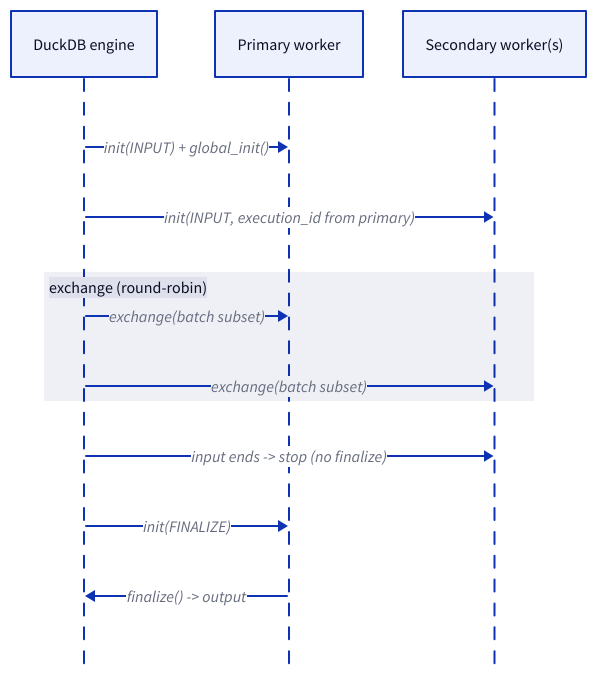
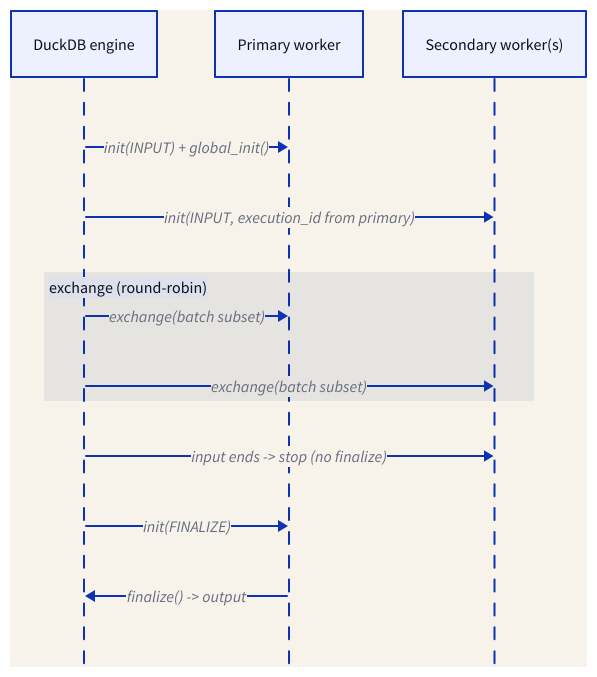
The diagram in src/diagrams/lifecycle/multi-worker.d2 (Query-farm/query-farm-astro), drawn with D2 before and after one commit. The commit also changed 297 other files, not shown here.

```diff
--- a/src/diagrams/lifecycle/multi-worker.d2
+++ b/src/diagrams/lifecycle/multi-worker.d2
@@ -1,18 +1,19 @@
+style.fill: "#f7f3ea"   # soil-50 paper — was d2 theme white, which fought the page ground
 # Parallel workers: primary runs finalize, secondaries do not — see scripts/render-diagrams.sh
 shape: sequence_diagram
 
 engine: DuckDB engine
 primary: Primary worker
 secondary: Secondary worker(s)
 
 engine -> primary: init(INPUT) + global_init()
 engine -> secondary: init(INPUT, execution_id from primary)
 
 exchange (round-robin): {
   engine -> primary: exchange(batch subset)
   engine -> secondary: exchange(batch subset)
 }
 
 engine -> secondary: input ends -> stop (no finalize)
 engine -> primary: init(FINALIZE)
 primary -> engine: finalize() -> output
```
